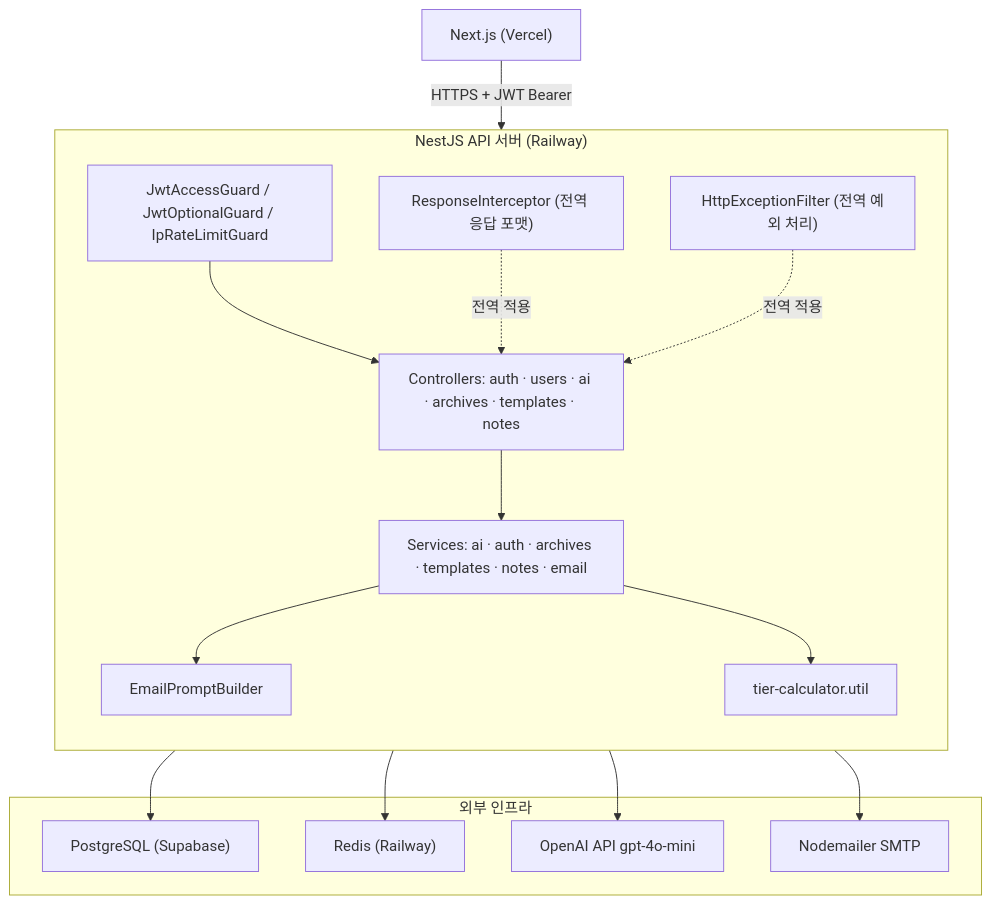
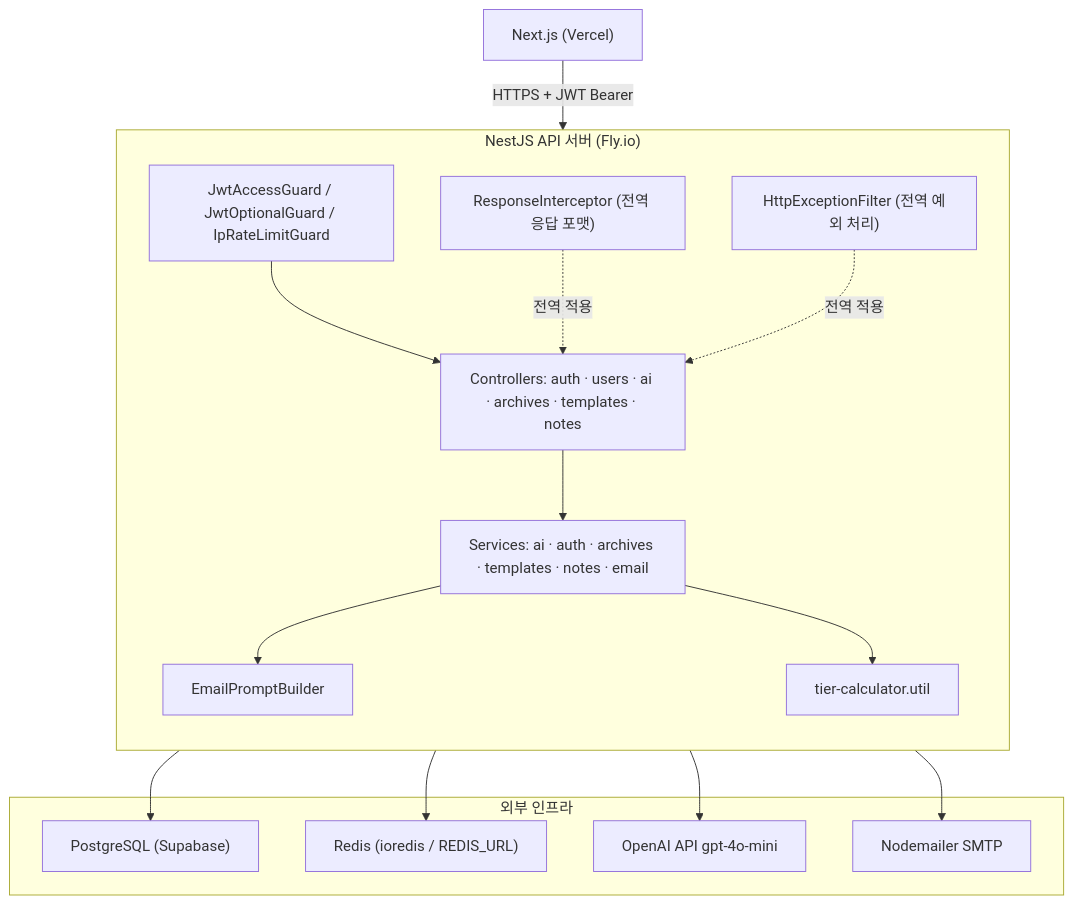
One commit to kw9212/sayitright-backend changed the diagram in README.md. Above: the diagram before and after it, drawn with Mermaid. The commit also changed other lines of this file, not shown here.

````diff
--- a/README.md
+++ b/README.md
@@ -148,34 +143,34 @@
 ```mermaid
 flowchart TD
     Client["Next.js (Vercel)"]
 
-    subgraph API["NestJS API 서버 (Railway)"]
+    subgraph API["NestJS API 서버 (Fly.io)"]
         direction TB
         Guard["JwtAccessGuard / JwtOptionalGuard / IpRateLimitGuard"]
         Controller["Controllers: auth · users · ai · archives · templates · notes"]
         Service["Services: ai · auth · archives · templates · notes · email"]
         Interceptor["ResponseInterceptor (전역 응답 포맷)"]
         Filter["HttpExceptionFilter (전역 예외 처리)"]
         Builder["EmailPromptBuilder"]
         TierCalc["tier-calculator.util"]
     end
 
     subgraph Infra["외부 인프라"]
         DB["PostgreSQL (Supabase)"]
-        Redis["Redis (Railway)"]
+        Redis["Redis (ioredis / REDIS_URL)"]
         OpenAI["OpenAI API gpt-4o-mini"]
         Mailer["Nodemailer SMTP"]
     end
 
     Client -->|"HTTPS + JWT Bearer"| Guard
     Guard --> Controller
     Controller --> Service
     Service --> Builder
     Service --> TierCalc
     Interceptor -.->|전역 적용| Controller
     Filter -.->|전역 적용| Controller
     Service --> DB
     Service --> Redis
     Service --> OpenAI
     Service --> Mailer
 ```
````
